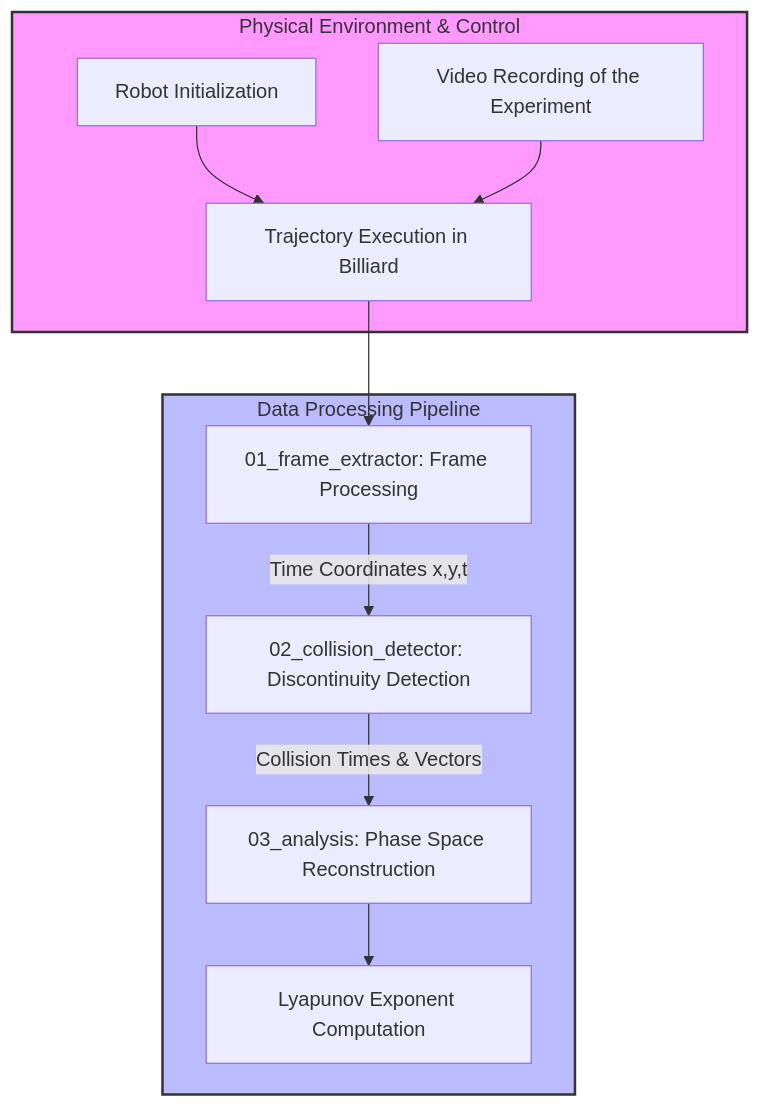
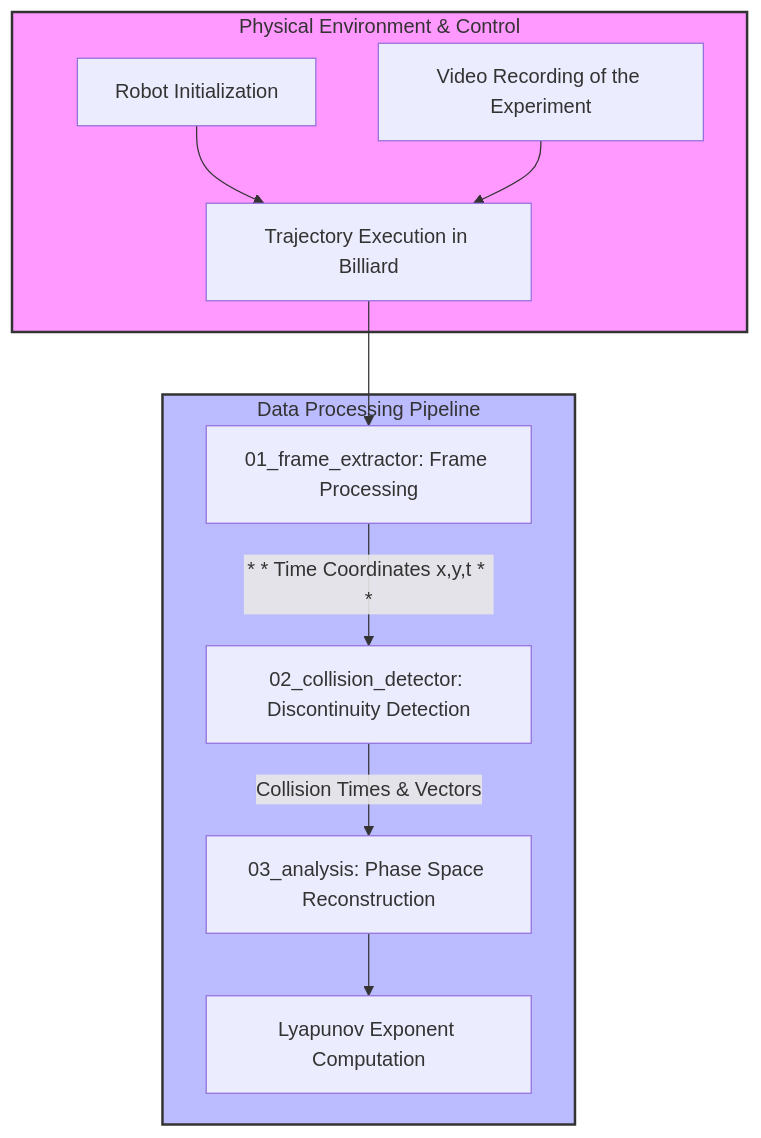
The diagram in README.md (Kyrnthplus/Classical_Billiards_Dynamics_Using_an_Autonomous_Robot_and_Image_Analysis), drawn with Mermaid before and after one commit.

````diff
--- a/README.md
+++ b/README.md
@@ -30,17 +30,17 @@
 ```mermaid
 flowchart TD
     subgraph PhysicalExperiment [Physical Environment & Control]
         A[Robot Initialization] --> B[Trajectory Execution in Billiard]
         C[Video Recording of the Experiment] --> B
     end
 
     subgraph SoftwarePipeline [Data Processing Pipeline]
         B --> D[01_frame_extractor: Frame Processing]
-        D -->| Time Coordinates x,y,t | E[02_collision_detector: Discontinuity Detection]
+        D -->|* * Time Coordinates x,y,t * *| E[02_collision_detector: Discontinuity Detection]
         E -->|Collision Times & Vectors| F[03_analysis: Phase Space Reconstruction]
         F --> G[Lyapunov Exponent Computation]
     end
 
     style PhysicalExperiment fill:#f9f,stroke:#333,stroke-width:2px
     style SoftwarePipeline fill:#bbf,stroke:#333,stroke-width:2px
 ```
````
